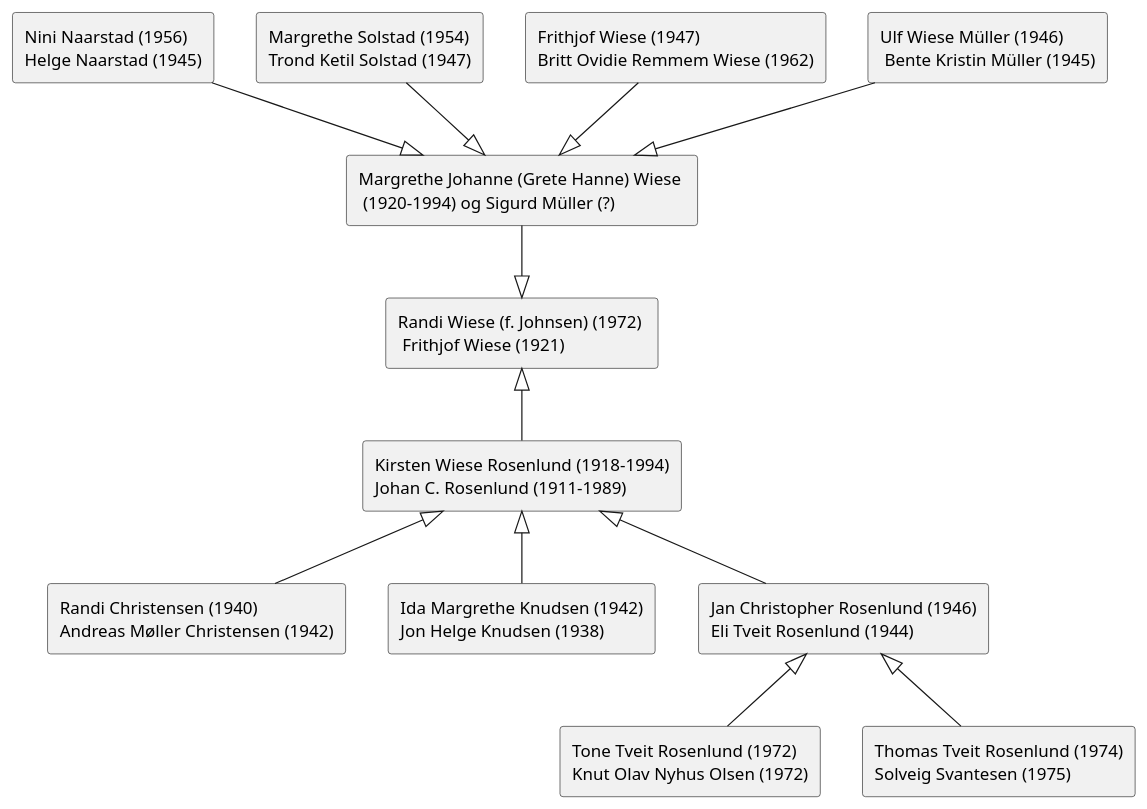
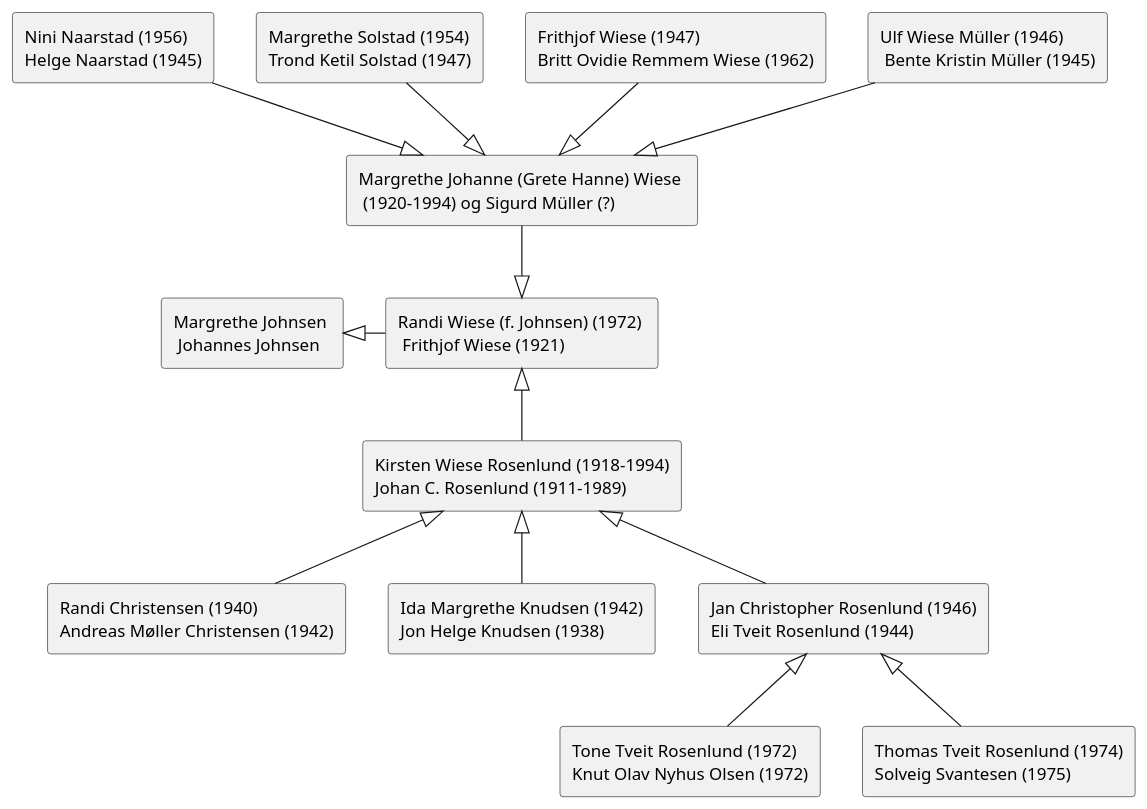
One commit to thomiz/johnsen-family changed the diagram in input/images-source/wiese-grenen.plantuml. Above: the diagram before and after it, drawn with PlantUML.

```diff
--- a/input/images-source/wiese-grenen.plantuml
+++ b/input/images-source/wiese-grenen.plantuml
@@ -1,32 +1,30 @@
 @startuml
 rectangle "Margrethe Johnsen \n Johannes Johnsen" as MJJJ $trunk
 rectangle "Randi Wiese (f. Johnsen) (1972) \n Frithjof Wiese (1921)" as RWFW $trunk $wiese
 rectangle "Margrethe Johanne (Grete Hanne) Wiese \n (1920-1994) og Sigurd Müller (?)" as MJSM $wiese
 rectangle "Ulf Wiese Müller (1946) \n Bente Kristin Müller (1945)" as UWMB $wiese
 rectangle "Frithjof Wiese (1947)\nBritt Ovidie Remmem Wiese (1962)" as FWBR $wiese
 rectangle "Margrethe Solstad (1954)\nTrond Ketil Solstad (1947)" as MSTK $wiese
 rectangle "Nini Naarstad (1956)\nHelge Naarstad (1945)" as NNHN $wiese
 rectangle "Kirsten Wiese Rosenlund (1918-1994)\nJohan C. Rosenlund (1911-1989)" as KWRJ $wiese
 rectangle "Randi Christensen (1940)\nAndreas Møller Christensen (1942)" as RCAM $wiese
 rectangle "Ida Margrethe Knudsen (1942)\nJon Helge Knudsen (1938)" as IMKJ $wiese
 rectangle "Jan Christopher Rosenlund (1946)\nEli Tveit Rosenlund (1944)" as JCRE $wiese
 rectangle "Tone Tveit Rosenlund (1972)\nKnut Olav Nyhus Olsen (1972)" as TTRK $wiese
 rectangle "Thomas Tveit Rosenlund (1974)\nSolveig Svantesen (1975)" as TTRS $wiese
 
-MJJJ <|-- RWFW
+MJJJ <|-right- RWFW
 RWFW <|-up- MJSM
 MJSM <|-up- UWMB
 MJSM <|-up- FWBR
 MJSM <|-up- MSTK
 MJSM <|-up- NNHN
 
 RWFW <|-down- KWRJ
 KWRJ <|-- RCAM
 KWRJ <|-- IMKJ
 KWRJ <|-- JCRE
 JCRE <|-- TTRK
 JCRE <|-- TTRS
 
-remove *
-restore $wiese
 @enduml
```
